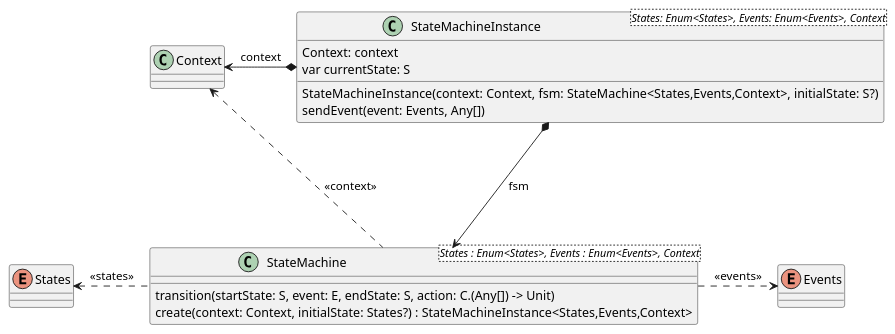
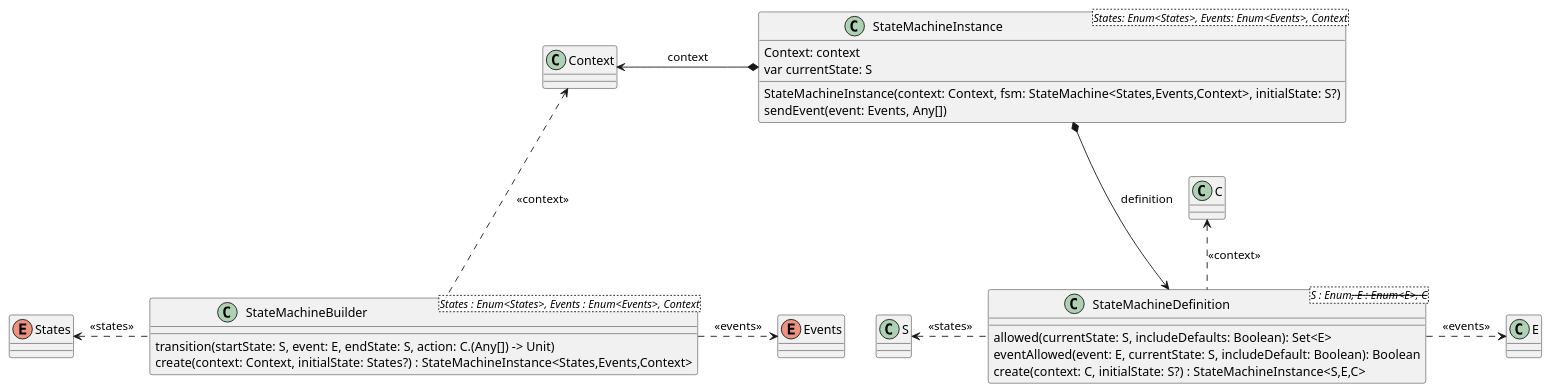
The diagram in src/doc/plantuml/statemachine-classes.plantuml (open-jumpco/kfsm), drawn with PlantUML before and after one commit. The commit also changed 21 other files, not shown here.

Commit message:
renamed StateMachine to StateMachineBuilder. split StateMachineDefinition to hold only immutable definitions.

```diff
--- a/src/doc/plantuml/statemachine-classes.plantuml
+++ b/src/doc/plantuml/statemachine-classes.plantuml
@@ -1,29 +1,39 @@
 @startuml
 
 class Context {
 }
 enum States {
 }
 enum Events {
 }
 
-class StateMachine<States : Enum<States>, Events : Enum<Events>, Context> {
+class StateMachineBuilder<States : Enum<States>, Events : Enum<Events>, Context> {
     transition(startState: S, event: E, endState: S, action: C.(Any[]) -> Unit)
     create(context: Context, initialState: States?) : StateMachineInstance<States,Events,Context>
+}
+
+class StateMachineDefinition<S : Enum<S>, E : Enum<E>, C> {
+    allowed(currentState: S, includeDefaults: Boolean): Set<E>
+    eventAllowed(event: E, currentState: S, includeDefault: Boolean): Boolean
+    create(context: C, initialState: S?) : StateMachineInstance<S,E,C>
 }
 
 class StateMachineInstance<States: Enum<States>, Events: Enum<Events>, Context> {
     StateMachineInstance(context: Context, fsm: StateMachine<States,Events,Context>, initialState: S?)
     Context: context
     var currentState: S
     sendEvent(event: Events, Any[])
 }
 
-StateMachine ..left..> States : <<states>>
-StateMachine ..right..> Events : <<events>>
-StateMachine ..up.> Context : <<context>>
+StateMachineBuilder ..left..> States : <<states>>
+StateMachineBuilder ..right..> Events : <<events>>
+StateMachineBuilder ..up.> Context : <<context>>
 
-StateMachineInstance *---> StateMachine : fsm
+StateMachineDefinition .left.> S : <<states>>
+StateMachineDefinition .right.> E : <<events>>
+StateMachineDefinition .up.> C : <<context>>
+
+StateMachineInstance *---> StateMachineDefinition : definition
 StateMachineInstance *--left--> Context : context
 
 @enduml
```
